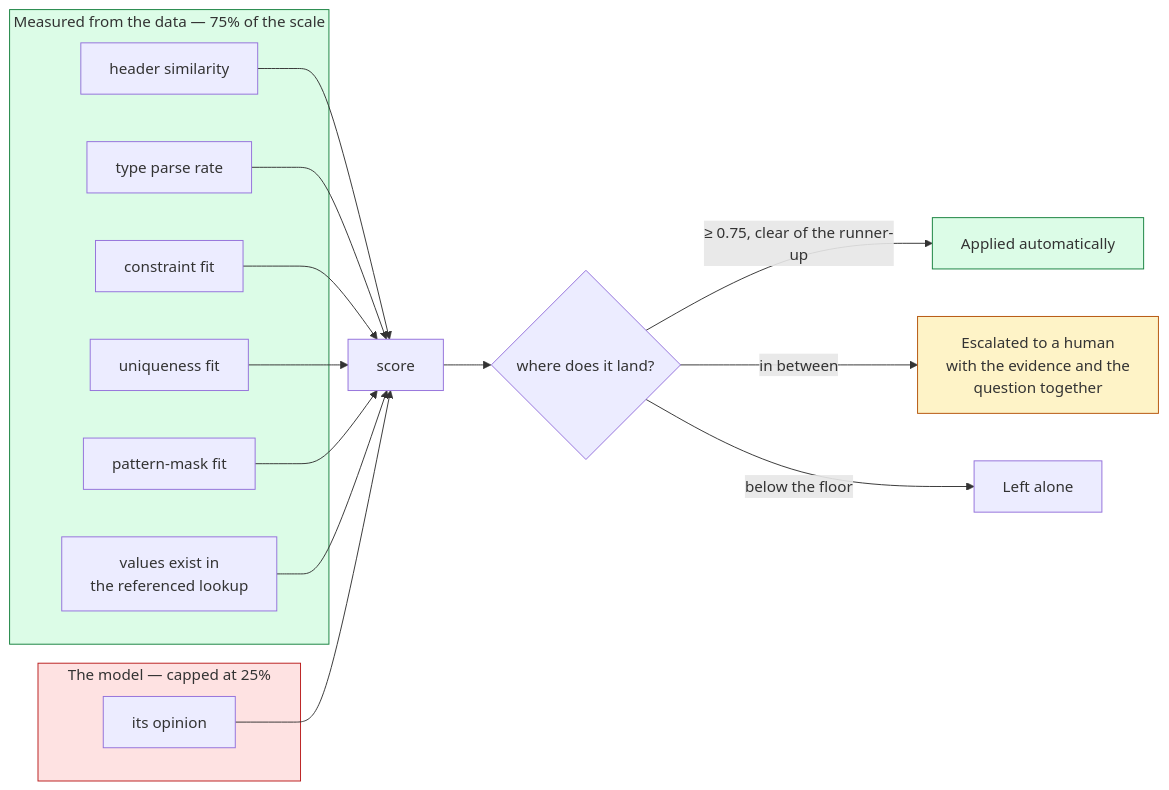
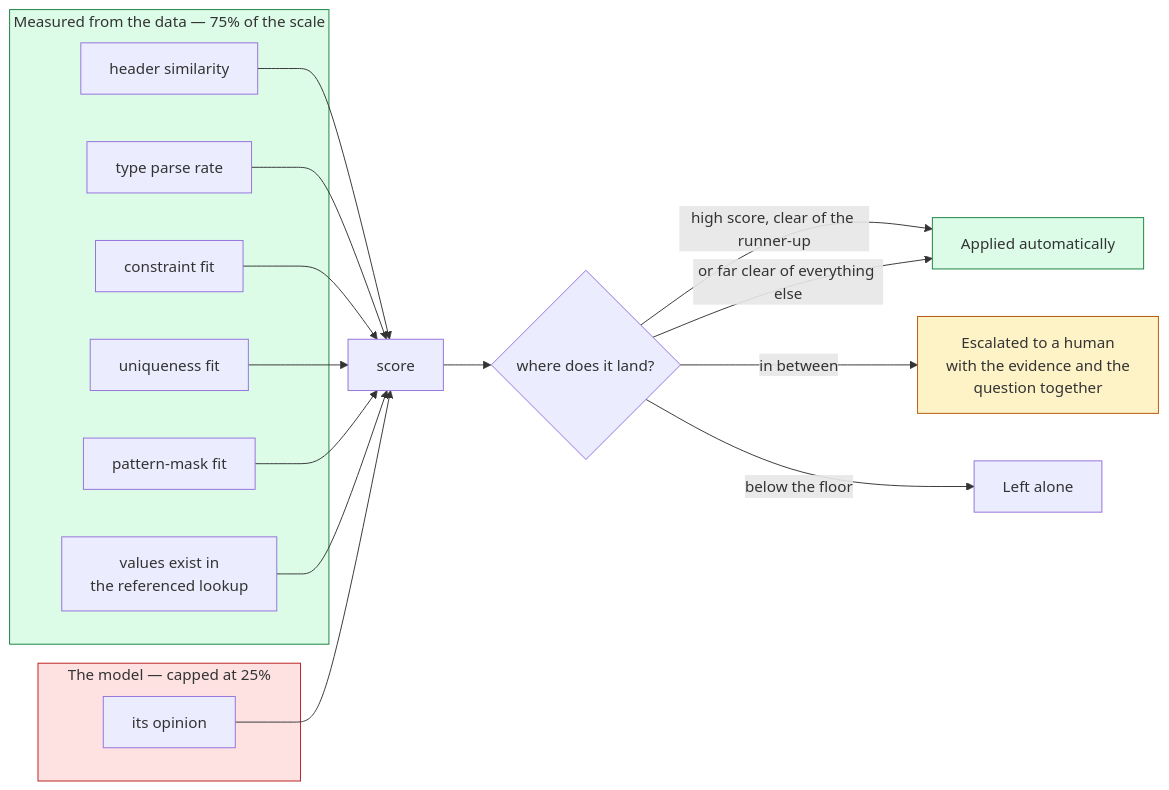
Before and after one commit to himacharan128/darwinbox-data-bridge: the fourth of 4 diagrams in README.md, drawn with Mermaid. The commit also changed other lines of this file and 28 other files, not shown here.

````diff
--- a/README.md
+++ b/README.md
@@ -136,26 +136,27 @@
 ```mermaid
 flowchart LR
     subgraph det["Measured from the data — 75% of the scale"]
         S1["header similarity"]
         S2["type parse rate"]
         S3["constraint fit"]
         S4["uniqueness fit"]
         S5["pattern-mask fit"]
         S6["values exist in<br/>the referenced lookup"]
     end
     subgraph mdl["The model — capped at 25%"]
         S7["its opinion"]
     end
 
     S1 & S2 & S3 & S4 & S5 & S6 --> SC["score"]
     S7 --> SC
     SC --> T{"where does it land?"}
-    T -->|"≥ 0.75, clear of the runner-up"| AU["Applied automatically"]
+    T -->|"high score, clear of the runner-up"| AU["Applied automatically"]
+    T -->|"or far clear of everything else"| AU
     T -->|"in between"| RV["Escalated to a human<br/>with the evidence and the<br/>question together"]
     T -->|"below the floor"| NO["Left alone"]
 
     style mdl fill:#fee2e2,stroke:#b91c1c
     style det fill:#dcfce7,stroke:#15803d
     style AU fill:#dcfce7,stroke:#15803d
     style RV fill:#fef3c7,stroke:#b45309
 ```
````
